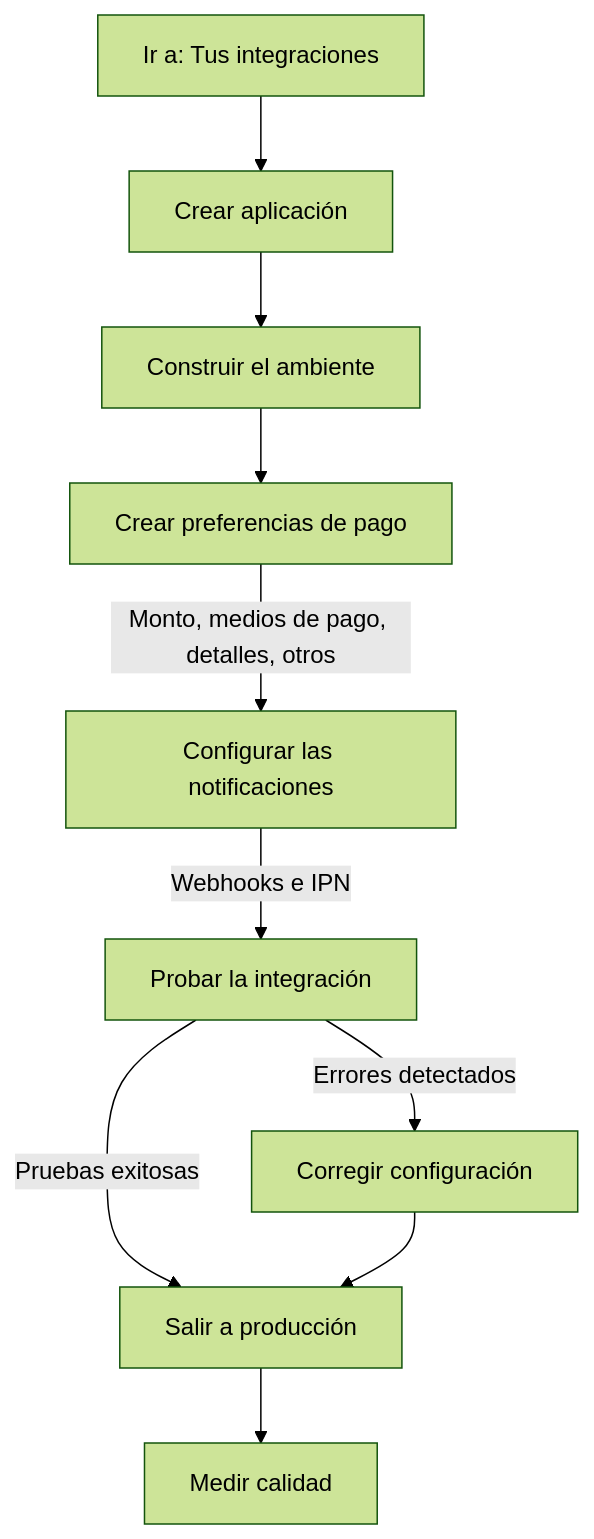
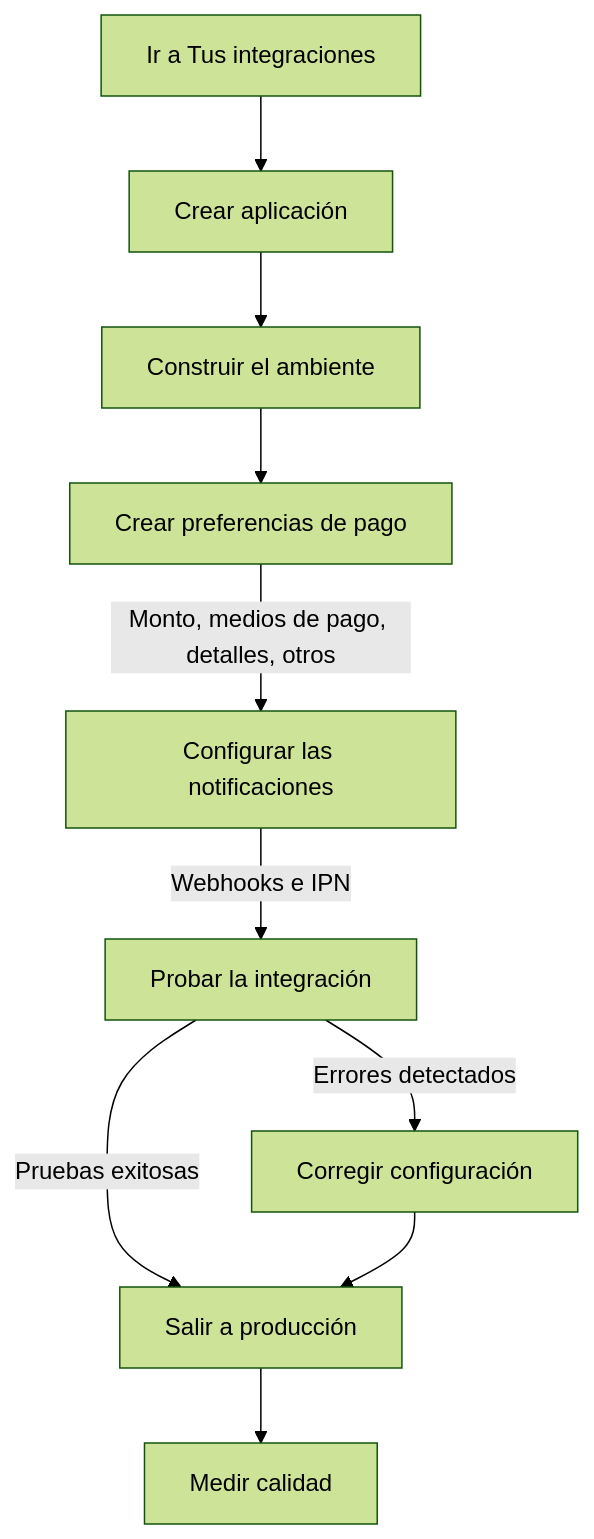
The diagram in guides/checkout-pro/overview.es.md (22Neves/devsite-docs), drawn with Mermaid (forest theme) before and after one commit. The commit also changed 2 other files, not shown here.

Commit message:
minor fix

```diff
--- a/guides/checkout-pro/overview.es.md
+++ b/guides/checkout-pro/overview.es.md
@@ -166,12 +166,12 @@
   <pre class="mermaid">
   flowchart TD
-            A["Ir a: Tus integraciones"] --> B["Crear aplicación"]
+            A["Ir a Tus integraciones"] --> B["Crear aplicación"]
             B --> C["Construir el ambiente"]
             C --> D["Crear preferencias de pago"]
             D -- Monto, medios de pago, detalles, otros --> F["Configurar las notificaciones"]
             F -- Webhooks e IPN --> E["Probar la integración"]
             E -- Pruebas exitosas --> H["Salir a producción"]
             E -- Errores detectados --> I["Corregir configuración"]
             I --> H
             H --> J["Medir calidad"]
   </pre>
```
